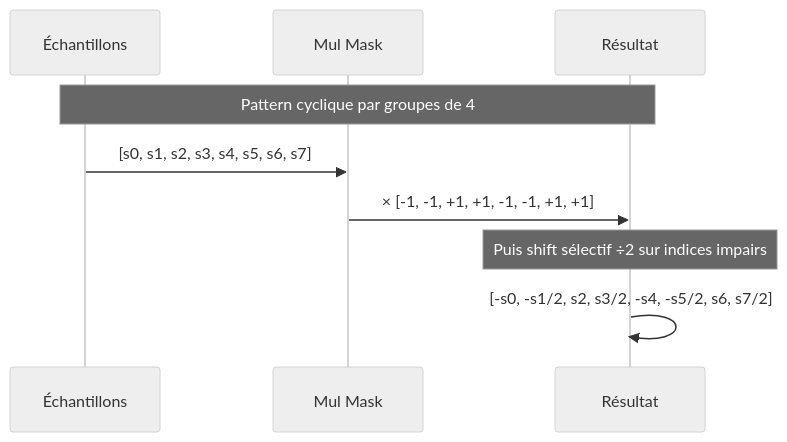
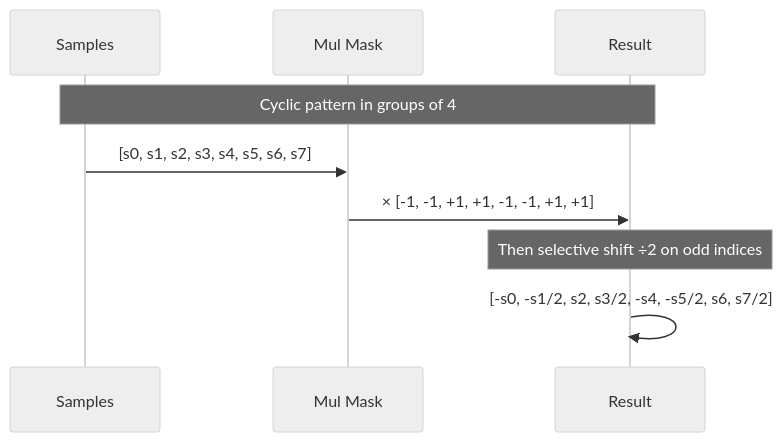
One commit to f4tnk/airspyone_host changed the fifth of 11 diagrams in OPTIMIZATIONS-F4TNK.md. Above: the diagram before and after it, drawn with Mermaid (neutral theme). The commit also changed other lines of this file, not shown here.

````diff
--- a/OPTIMIZATIONS-F4TNK.md
+++ b/OPTIMIZATIONS-F4TNK.md
@@ -247,12 +247,12 @@
 ```mermaid
 sequenceDiagram
-    participant S as Échantillons
+    participant S as Samples
     participant M as Mul Mask
-    participant R as Résultat
+    participant R as Result
 
-    Note over S,R: Pattern cyclique par groupes de 4
+    Note over S,R: Cyclic pattern in groups of 4
     S->>M: [s0, s1, s2, s3, s4, s5, s6, s7]
     M->>R: × [-1, -1, +1, +1, -1, -1, +1, +1]
-    Note over R: Puis shift sélectif ÷2 sur indices impairs
+    Note over R: Then selective shift ÷2 on odd indices
     R->>R: [-s0, -s1/2, s2, s3/2, -s4, -s5/2, s6, s7/2]
 ```
````
